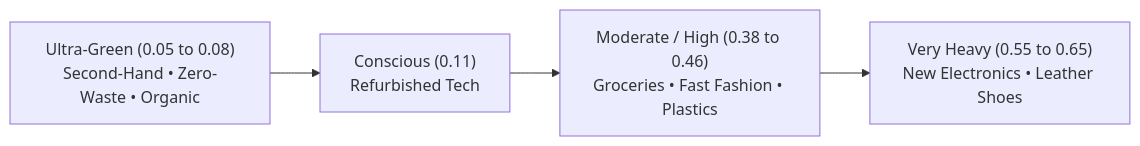
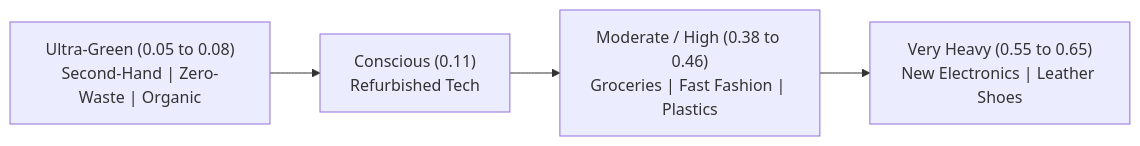
The fourth of 8 diagrams in README.md (parthibcpana/IDAI102-1000544-PARTH-PARVINBHAI-GAJERA-SA), drawn with Mermaid before and after one commit. The commit also changed other lines of this file and 5 other files, not shown here.

````diff
--- a/README.md
+++ b/README.md
@@ -198,6 +192,6 @@
 ```mermaid
 flowchart LR
-    T1["Ultra-Green (0.05 to 0.08)<br>Second-Hand • Zero-Waste • Organic"] --> T2["Conscious (0.11)<br>Refurbished Tech"]
-    T2 --> T3["Moderate / High (0.38 to 0.46)<br>Groceries • Fast Fashion • Plastics"]
-    T3 --> T4["Very Heavy (0.55 to 0.65)<br>New Electronics • Leather Shoes"]
+    T1["Ultra-Green (0.05 to 0.08)<br>Second-Hand | Zero-Waste | Organic"] --> T2["Conscious (0.11)<br>Refurbished Tech"]
+    T2 --> T3["Moderate / High (0.38 to 0.46)<br>Groceries | Fast Fashion | Plastics"]
+    T3 --> T4["Very Heavy (0.55 to 0.65)<br>New Electronics | Leather Shoes"]
 ```
````
